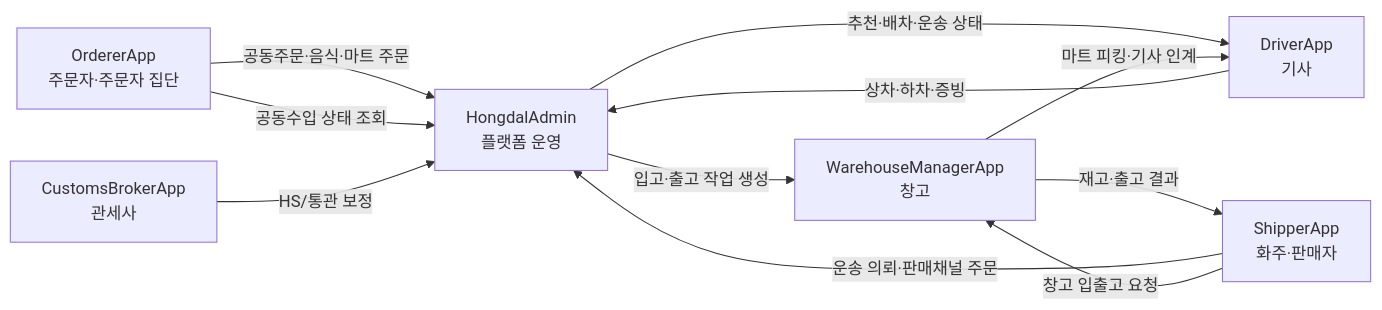
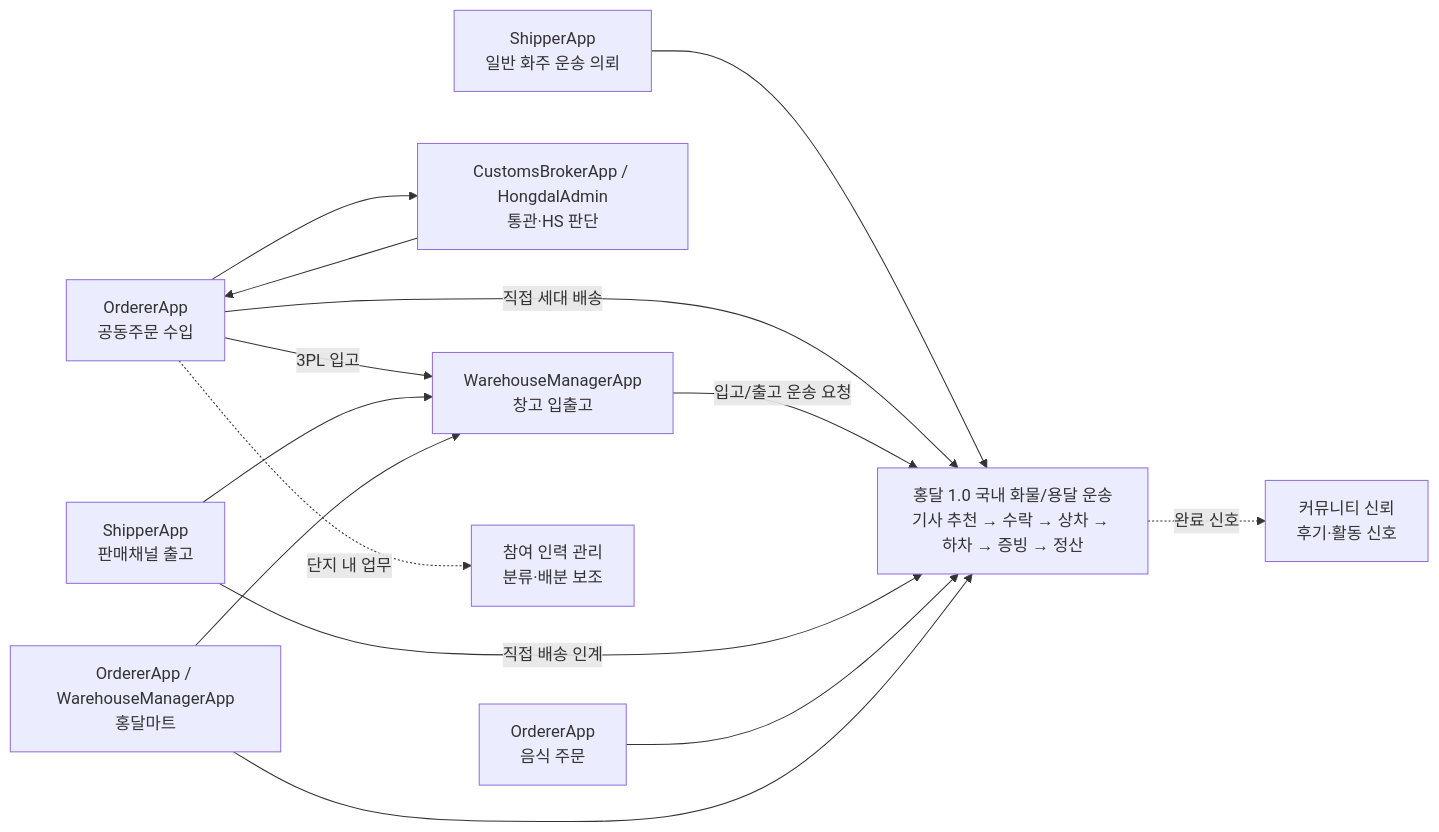
One commit to cheolwo/hongdal changed the second of 8 diagrams in docs/ProjectOverview/workflow-app-screen-map.md. Above: the diagram before and after it, drawn with Mermaid. The commit also changed other lines of this file and 1 other file, not shown here.

````diff
--- a/docs/ProjectOverview/workflow-app-screen-map.md
+++ b/docs/ProjectOverview/workflow-app-screen-map.md
@@ -30,20 +52,26 @@
 ```mermaid
 flowchart LR
-    O["OrdererApp<br/>주문자·주문자 집단"]
-    S["ShipperApp<br/>화주·판매자"]
-    D["DriverApp<br/>기사"]
-    W["WarehouseManagerApp<br/>창고"]
-    A["HongdalAdmin<br/>플랫폼 운영"]
-    C["CustomsBrokerApp<br/>관세사"]
+    Core["홍달 1.0 국내 화물/용달 운송<br/>기사 추천 → 수락 → 상차 → 하차 → 증빙 → 정산"]
+    Shipper["ShipperApp<br/>일반 화주 운송 의뢰"]
+    Group["OrdererApp<br/>공동주문 수입"]
+    Customs["CustomsBrokerApp / HongdalAdmin<br/>통관·HS 판단"]
+    Warehouse["WarehouseManagerApp<br/>창고 입출고"]
+    Sales["ShipperApp<br/>판매채널 출고"]
+    Food["OrdererApp<br/>음식 주문"]
+    Mart["OrdererApp / WarehouseManagerApp<br/>홍달마트"]
+    Community["커뮤니티 신뢰<br/>후기·활동 신호"]
+    HR["참여 인력 관리<br/>분류·배분 보조"]
 
-    O -->|공동주문·음식·마트 주문| A
-    O -->|공동수입 상태 조회| A
-    S -->|운송 의뢰·판매채널 주문| A
-    S -->|창고 입출고 요청| W
-    A -->|추천·배차·운송 상태| D
-    D -->|상차·하차·증빙| A
-    C -->|HS/통관 보정| A
-    A -->|입고·출고 작업 생성| W
-    W -->|재고·출고 결과| S
-    W -->|마트 피킹·기사 인계| D
+    Shipper --> Core
+    Group --> Customs --> Group
+    Group -->|직접 세대 배송| Core
+    Group -->|3PL 입고| Warehouse
+    Warehouse -->|입고/출고 운송 요청| Core
+    Sales --> Warehouse
+    Sales -->|직접 배송 인계| Core
+    Food --> Core
+    Mart --> Warehouse
+    Mart --> Core
+    Core -.완료 신호.-> Community
+    Group -.단지 내 업무.-> HR
 ```
````
